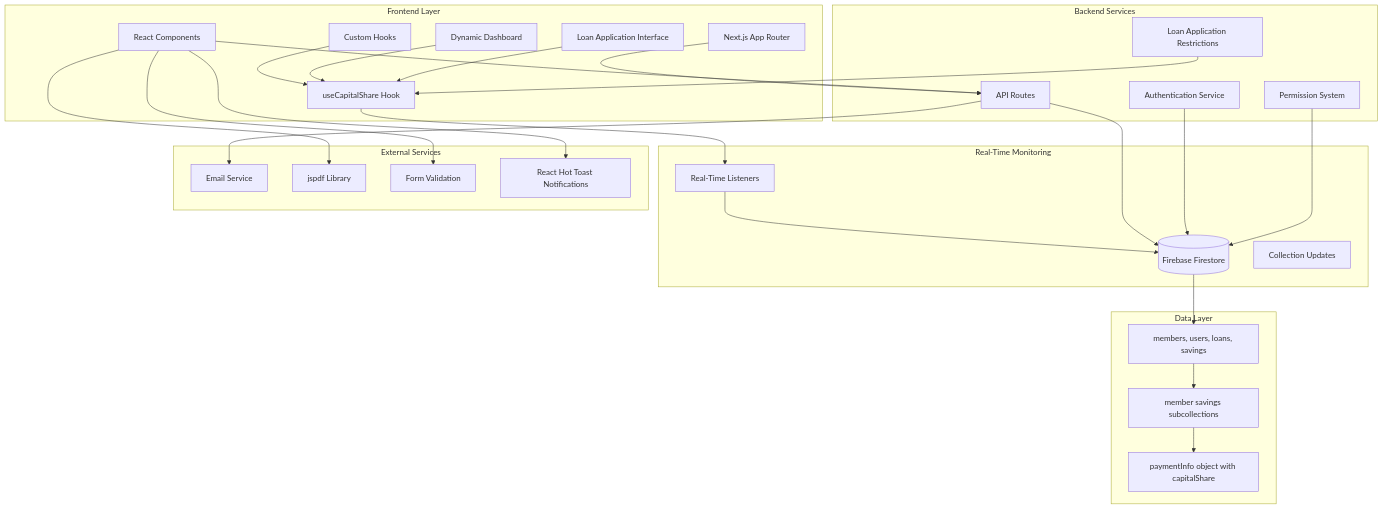
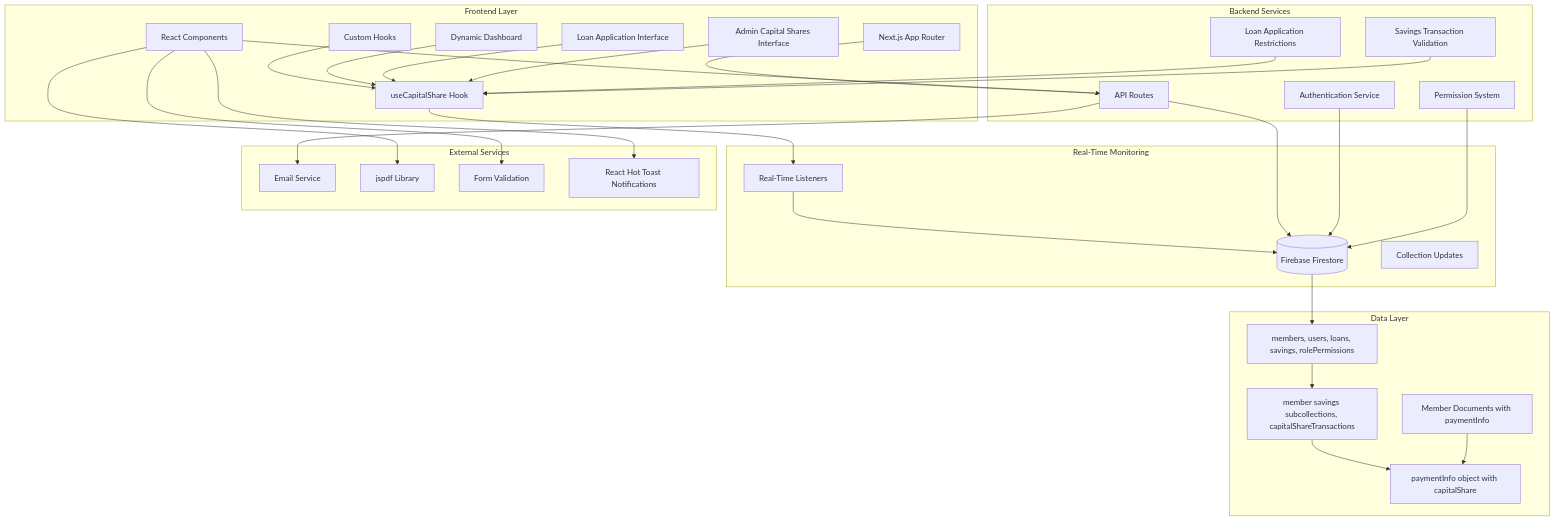
The first of 15 diagrams in .qoder/repowiki/en/content/Project Overview/Core Features & Functionality/Administrative Features/Capital Shares Management System.md (Unsure-bry/sampacoop_system), drawn with Mermaid before and after one commit. The commit also changed other lines of this file and 3 other files, not shown here.

Commit message:
Update for capital shares transaction

````diff
--- a/.qoder/repowiki/en/content/Project Overview/Core Features & Functionality/Administrative Features/Capital Shares Management System.md
+++ b/.qoder/repowiki/en/content/Project Overview/Core Features & Functionality/Administrative Features/Capital Shares Management System.md
@@ -62,52 +62,58 @@
 ```mermaid
 graph TB
 subgraph "Frontend Layer"
 UI[Next.js App Router]
 Components[React Components]
 Hooks[Custom Hooks]
 useCapitalShare[useCapitalShare Hook]
 DynamicDashboard[Dynamic Dashboard]
 LoanInterface[Loan Application Interface]
+AdminCapitalShares[Admin Capital Shares Interface]
 end
 subgraph "Real-Time Monitoring"
 RealTime[Real-Time Listeners]
 Firestore[(Firebase Firestore)]
 CollectionUpdates[Collection Updates]
 end
 subgraph "Backend Services"
 API[API Routes]
 Auth[Authentication Service]
 Permissions[Permission System]
 LoanRestrictions[Loan Application Restrictions]
+SavingsValidation[Savings Transaction Validation]
 end
 subgraph "Data Layer"
 Firestore[(Firebase Firestore)]
-Collections[members, users, loans, savings]
-Subcollections[member savings subcollections]
+Collections[members, users, loans, savings, rolePermissions]
+Subcollections[member savings subcollections, capitalShareTransactions]
 PaymentInfo[paymentInfo object with capitalShare]
+MemberDocuments[Member Documents with paymentInfo]
 end
 subgraph "External Services"
 Email[Email Service]
 PDF[jspdf Library]
 Validation[Form Validation]
 Toast[React Hot Toast Notifications]
 end
 UI --> API
 Components --> API
 Hooks --> useCapitalShare
 useCapitalShare --> RealTime
 RealTime --> Firestore
 DynamicDashboard --> useCapitalShare
 LoanInterface --> useCapitalShare
+AdminCapitalShares --> useCapitalShare
 API --> Firestore
 Auth --> Firestore
 Permissions --> Firestore
 LoanRestrictions --> useCapitalShare
+SavingsValidation --> useCapitalShare
 API --> Email
 Components --> PDF
 Components --> Validation
 Components --> Toast
 Firestore --> Collections
 Collections --> Subcollections
 Subcollections --> PaymentInfo
+MemberDocuments --> PaymentInfo
 ```
````
